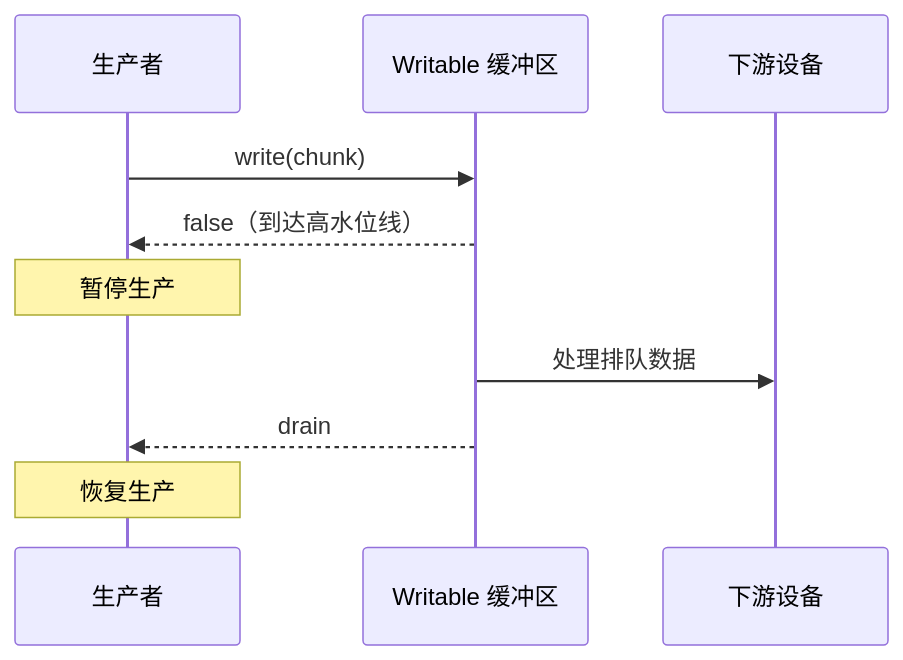
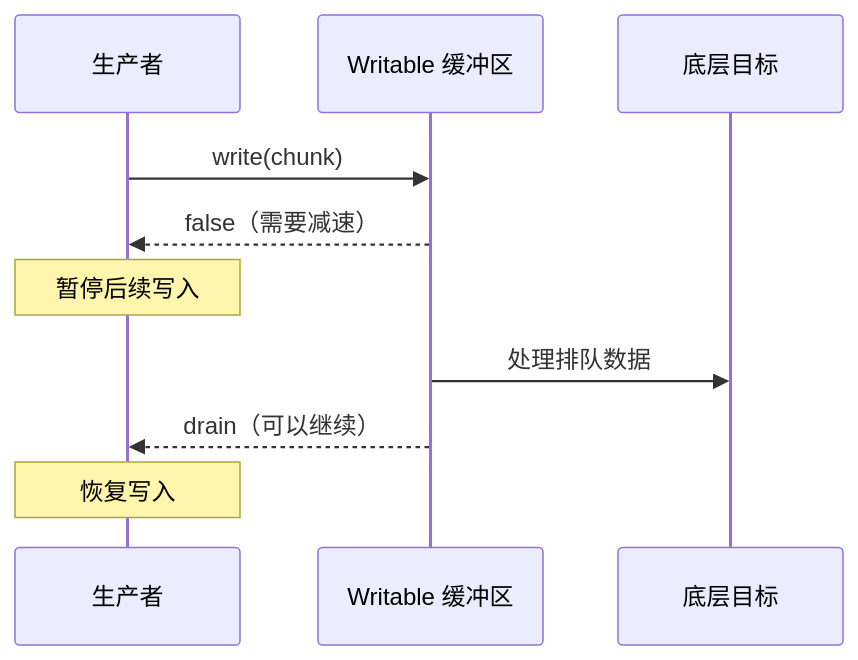
The diagram in docs/backend/node/streams-and-backpressure.md (zeevenn/notes), drawn with Mermaid before and after one commit. The commit also changed other lines of this file, not shown here.

````diff
--- a/docs/backend/node/streams-and-backpressure.md
+++ b/docs/backend/node/streams-and-backpressure.md
@@ -112,12 +131,12 @@
 ```mermaid
 sequenceDiagram
     participant P as 生产者
     participant W as Writable 缓冲区
-    participant S as 下游设备
+    participant D as 底层目标
     P->>W: write(chunk)
-    W-->>P: false（到达高水位线）
-    Note over P: 暂停生产
-    W->>S: 处理排队数据
-    W-->>P: drain
-    Note over P: 恢复生产
+    W-->>P: false（需要减速）
+    Note over P: 暂停后续写入
+    W->>D: 处理排队数据
+    W-->>P: drain（可以继续）
+    Note over P: 恢复写入
 ```
````
